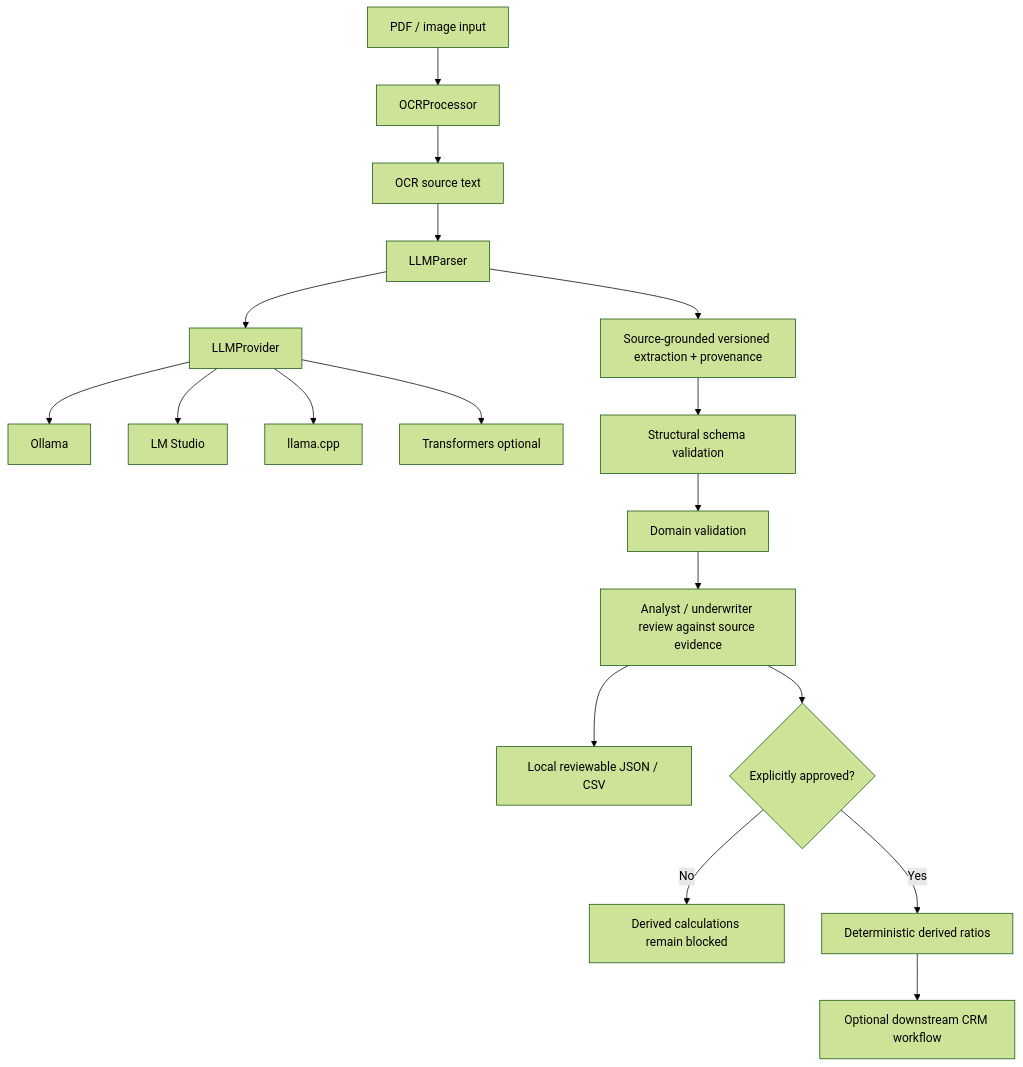
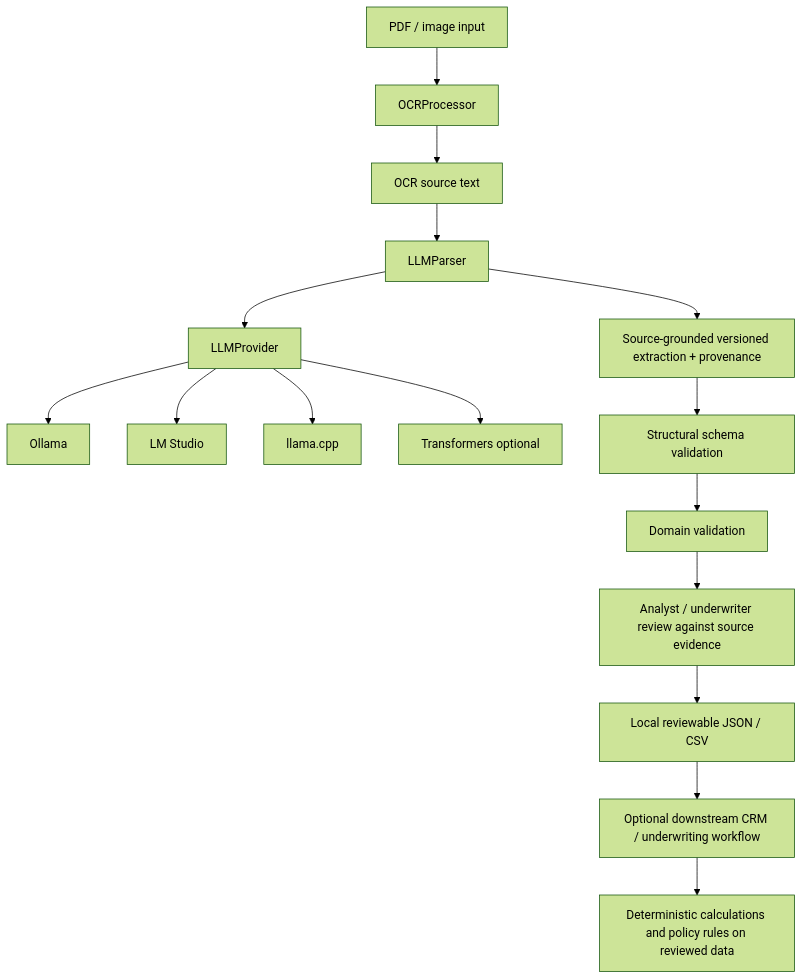
The diagram in docs/ARCHITECTURE.md (JDavydovPortfolio/MoneyPulse), drawn with Mermaid (forest theme) before and after one commit. The commit also changed other lines of this file, not shown here.

Commit message:
Remove nonexistent underwriting calculation claims from architecture

````diff
--- a/docs/ARCHITECTURE.md
+++ b/docs/ARCHITECTURE.md
@@ -7,20 +7,18 @@
 ```mermaid
 flowchart TD
     A[PDF / image input] --> B[OCRProcessor]
     B --> C[OCR source text]
     C --> D[LLMParser]
     D --> E[LLMProvider]
     E --> E1[Ollama]
     E --> E2[LM Studio]
     E --> E3[llama.cpp]
     E --> E4[Transformers optional]
     D --> F[Source-grounded versioned extraction + provenance]
     F --> G[Structural schema validation]
     G --> H[Domain validation]
     H --> I[Analyst / underwriter review against source evidence]
     I --> J[Local reviewable JSON / CSV]
-    I --> K{Explicitly approved?}
-    K -->|No| L[Derived calculations remain blocked]
-    K -->|Yes| M[Deterministic derived ratios]
-    M --> N[Optional downstream CRM workflow]
+    J --> K[Optional downstream CRM / underwriting workflow]
+    K --> L[Deterministic calculations and policy rules on reviewed data]
 ```
````
